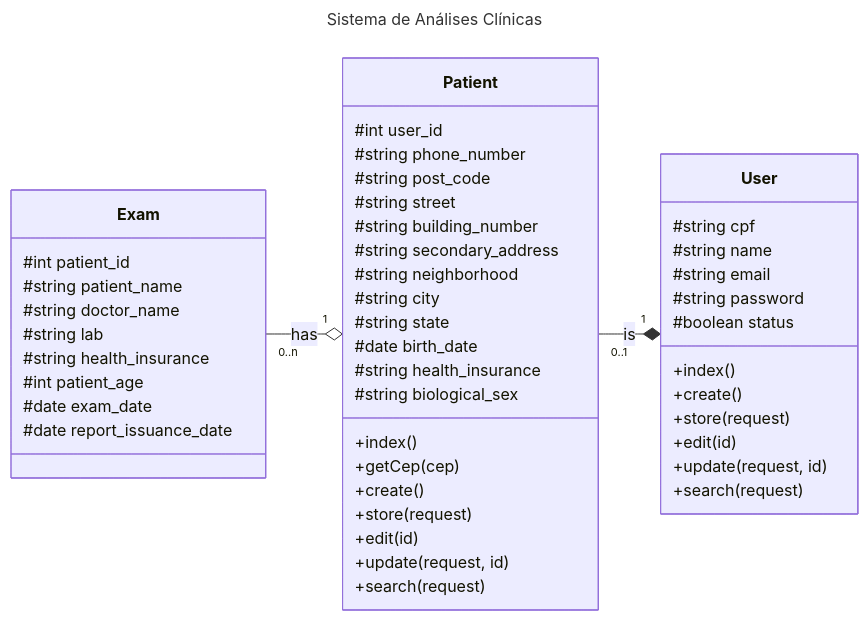
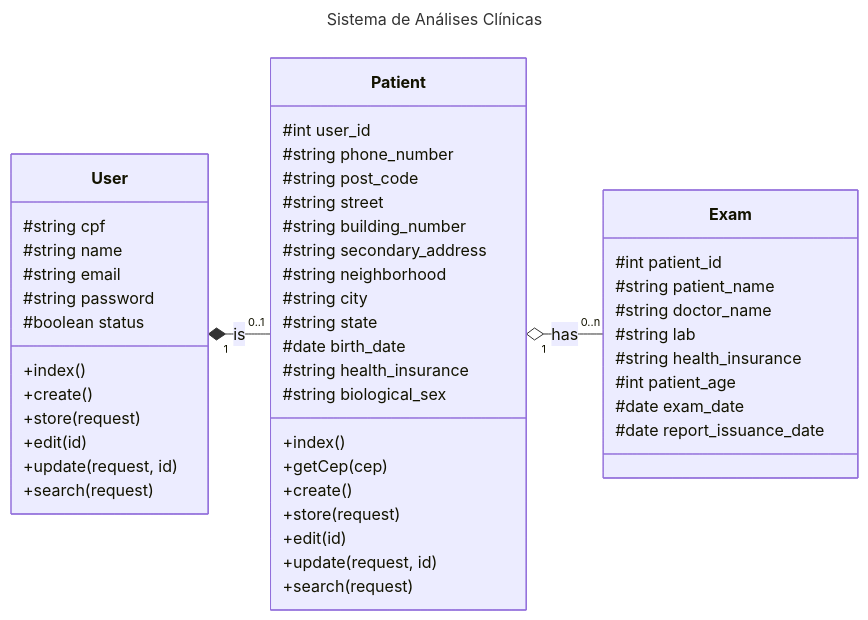
The diagram in docs/diagrama_de_classes.md (UniFil-NPI/ProjetoAnalisesClinicas), drawn with Mermaid before and after one commit. The commit also changed 3 other files, not shown here.

````diff
--- a/docs/diagrama_de_classes.md
+++ b/docs/diagrama_de_classes.md
@@ -3,62 +3,62 @@
 ```mermaid
 ---
 title: Sistema de Análises Clínicas
 ---
 classDiagram
 
-direction RL
+direction LR
 
 User "1" *-- "0..1" Patient : is
 
 class User {
     #string cpf 
     #string name
     #string email
     #string password
     #boolean status
     +index()
     +create()
     +store(request)
     +edit(id)
     +update(request, id)
     +search(request)
 }
 
 Patient "1" o-- "0..n" Exam : has
 
 class Patient{
     #int user_id
     #string phone_number
     #string post_code
     #string street
     #string building_number
     #string secondary_address
     #string neighborhood
     #string city
     #string state
     #date birth_date
     #string health_insurance
     #string biological_sex
     +index()
     +getCep(cep)
     +create()
     +store(request)
     +edit(id)
     +update(request, id)
     +search(request)
 }
 
 class Exam {
     #int patient_id
     #string patient_name
     #string doctor_name
     #string lab
     #string health_insurance
     #int patient_age
     #date exam_date
     #date report_issuance_date
 
 }
 
 
 ```
````
